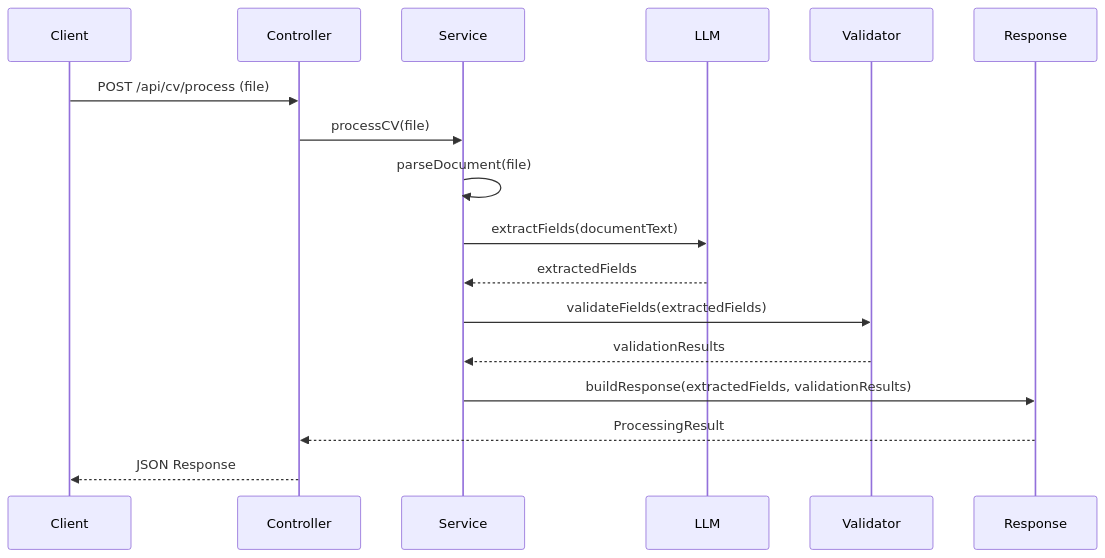
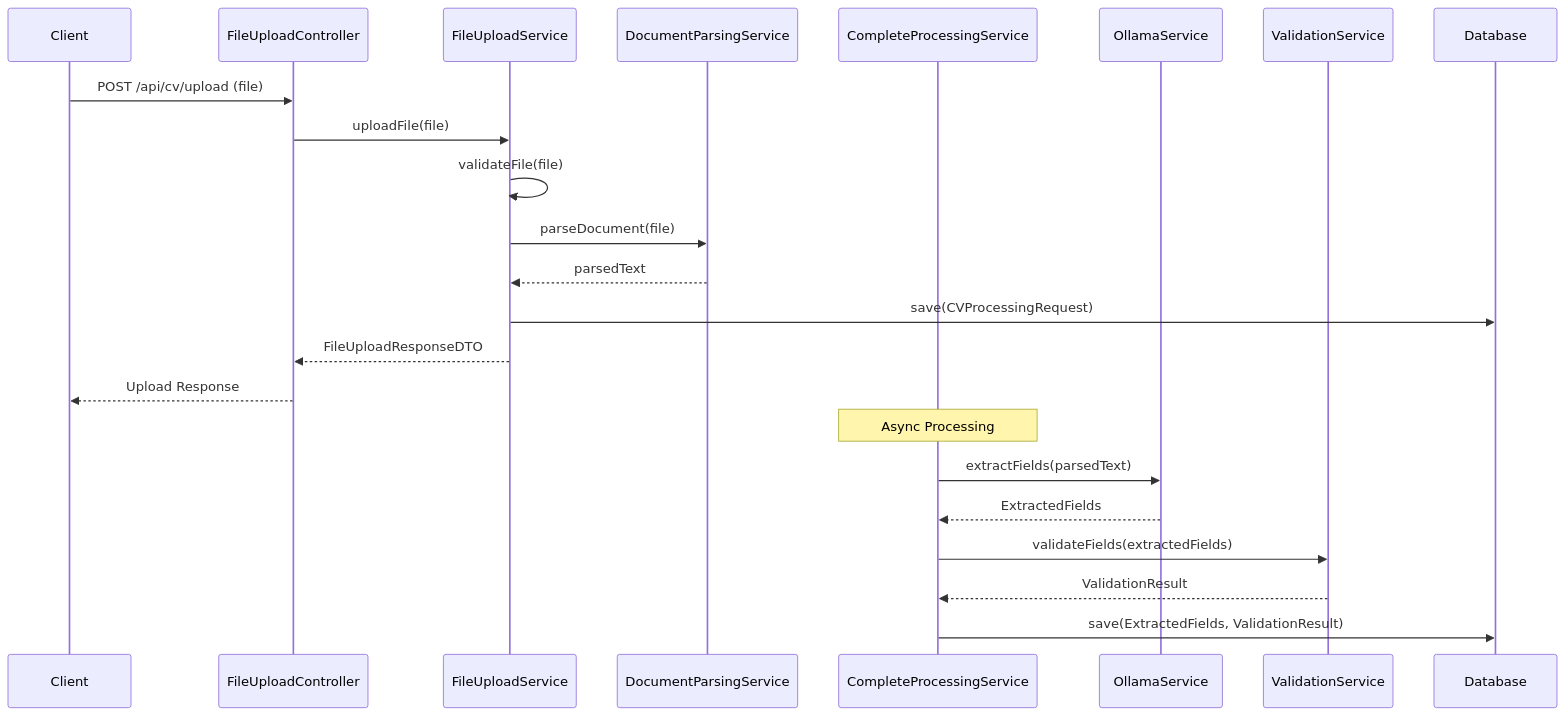
Before and after one commit to Plattensee6/cv-processor: the first of 2 diagrams in docs/design.md, drawn with Mermaid. The commit also changed other lines of this file and 18 other files, not shown here.

````diff
--- a/docs/design.md
+++ b/docs/design.md
@@ -77,20 +88,27 @@
 ```mermaid
 sequenceDiagram
     participant Client
-    participant Controller
-    participant Service
-    participant LLM
-    participant Validator
-    participant Response
+    participant FileUploadController
+    participant FileUploadService
+    participant DocumentParsingService
+    participant CompleteProcessingService
+    participant OllamaService
+    participant ValidationService
+    participant Database
 
-    Client->>Controller: POST /api/cv/process (file)
-    Controller->>Service: processCV(file)
-    Service->>Service: parseDocument(file)
-    Service->>LLM: extractFields(documentText)
-    LLM-->>Service: extractedFields
-    Service->>Validator: validateFields(extractedFields)
-    Validator-->>Service: validationResults
-    Service->>Response: buildResponse(extractedFields, validationResults)
-    Response-->>Controller: ProcessingResult
-    Controller-->>Client: JSON Response
+    Client->>FileUploadController: POST /api/cv/upload (file)
+    FileUploadController->>FileUploadService: uploadFile(file)
+    FileUploadService->>FileUploadService: validateFile(file)
+    FileUploadService->>DocumentParsingService: parseDocument(file)
+    DocumentParsingService-->>FileUploadService: parsedText
+    FileUploadService->>Database: save(CVProcessingRequest)
+    FileUploadService-->>FileUploadController: FileUploadResponseDTO
+    FileUploadController-->>Client: Upload Response
+
+    Note over CompleteProcessingService: Async Processing
+    CompleteProcessingService->>OllamaService: extractFields(parsedText)
+    OllamaService-->>CompleteProcessingService: ExtractedFields
+    CompleteProcessingService->>ValidationService: validateFields(extractedFields)
+    ValidationService-->>CompleteProcessingService: ValidationResult
+    CompleteProcessingService->>Database: save(ExtractedFields, ValidationResult)
 ```
````
